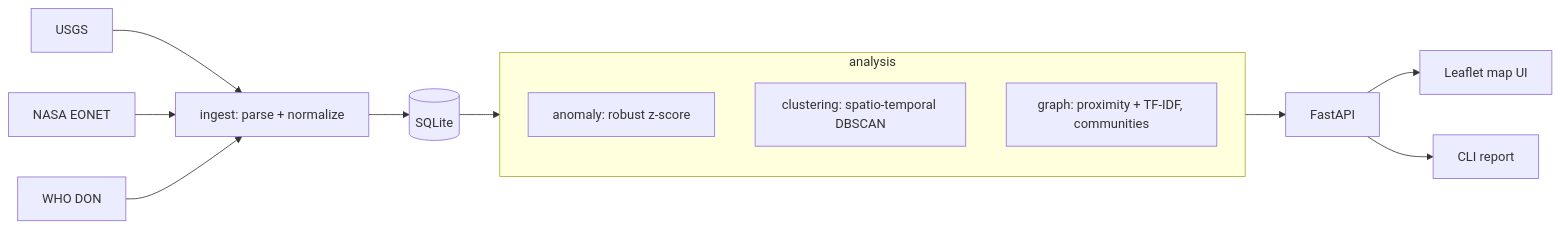
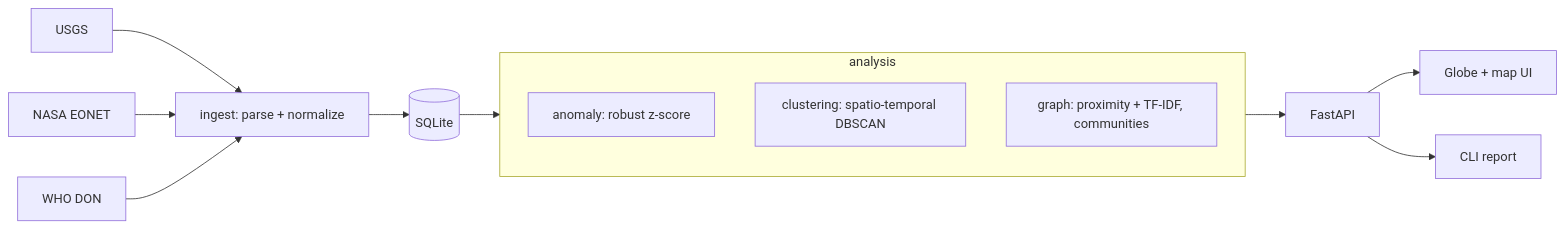
Before and after one commit to allengitworld20/overlook: the diagram in README.md, drawn with Mermaid. The commit also changed other lines of this file and 3 other files, not shown here.

First line of the commit message:
Add 3D globe view alongside the Leaflet map

````diff
--- a/README.md
+++ b/README.md
@@ -49,17 +52,17 @@
 ```mermaid
 flowchart LR
     A[USGS] --> I
     B[NASA EONET] --> I
     C[WHO DON] --> I
     I[ingest: parse + normalize] --> D[(SQLite)]
     D --> AN[analysis]
     subgraph AN[analysis]
         direction TB
         N1[anomaly: robust z-score]
         N2[clustering: spatio-temporal DBSCAN]
         N3[graph: proximity + TF-IDF, communities]
     end
     AN --> API[FastAPI]
-    API --> UI[Leaflet map UI]
+    API --> UI[Globe + map UI]
     API --> CLI[CLI report]
 ```
````
